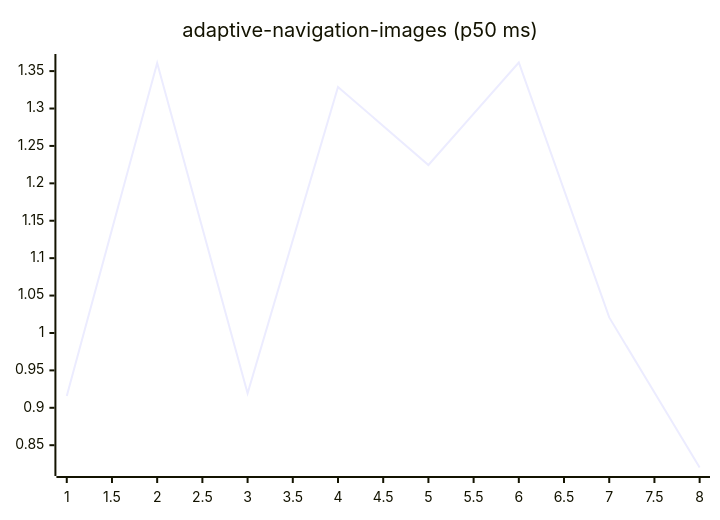
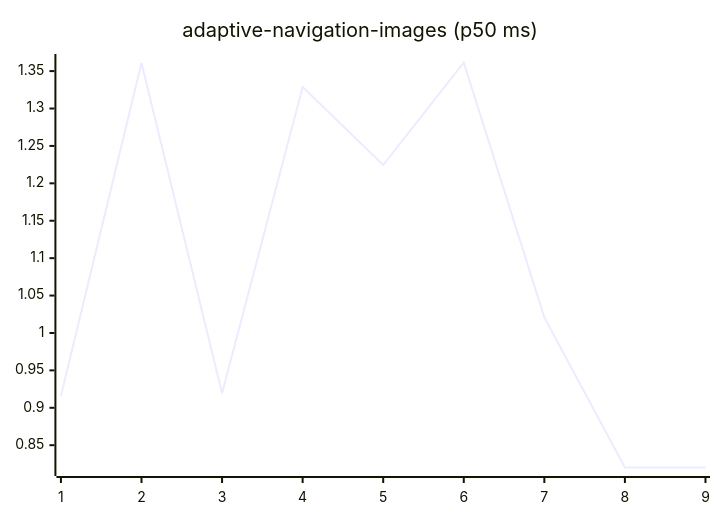
The first of 27 diagrams in README.md (josha/Facet), drawn with Mermaid before and after one commit. The commit also changed other lines of this file and 2 other files, not shown here.

````diff
--- a/README.md
+++ b/README.md
@@ -63,6 +63,6 @@
 ```mermaid
 xychart-beta
     title "adaptive-navigation-images (p50 ms)"
-    x-axis 1 --> 8
-    line [0.9159, 1.3609, 0.9193, 1.3288, 1.2245, 1.3615, 1.0208, 0.8202]
+    x-axis 1 --> 9
+    line [0.9159, 1.3609, 0.9193, 1.3288, 1.2245, 1.3615, 1.0208, 0.8202, 0.8203]
 ```
````
